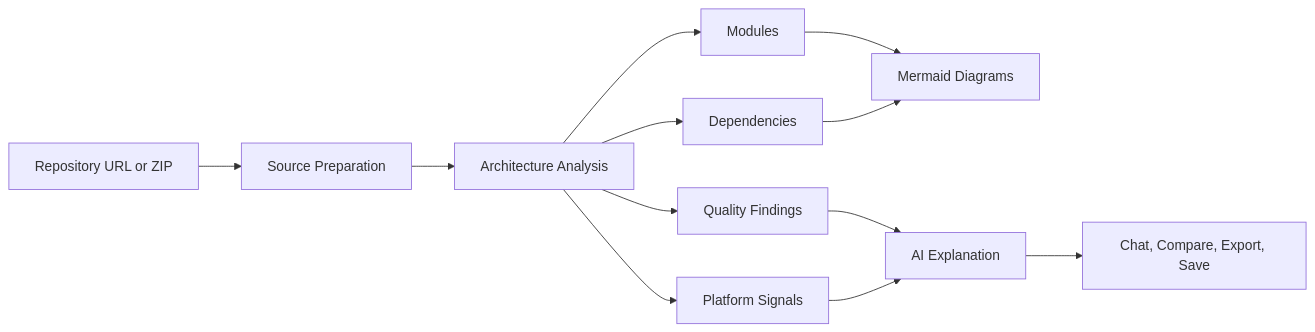
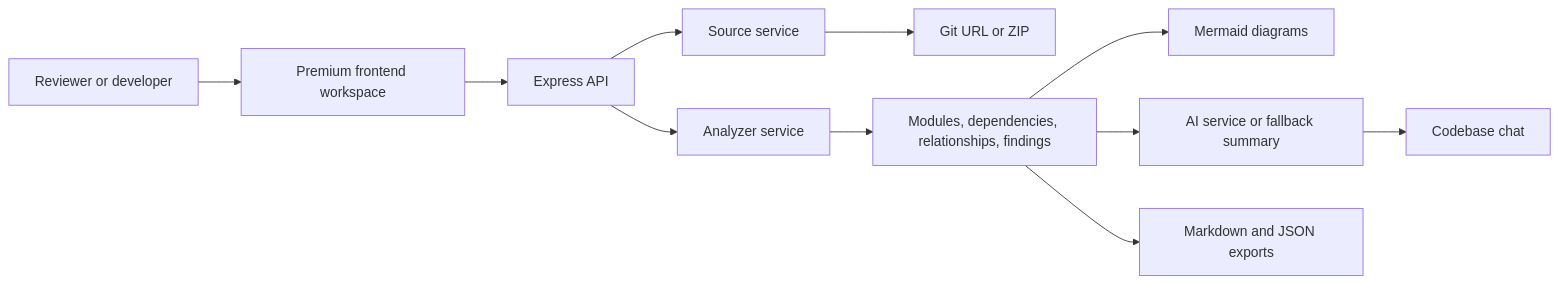
Before and after one commit to agarwalujala3-lang/LumenStack-AI: the diagram in README.md, drawn with Mermaid. The commit also changed other lines of this file and 2 other files, not shown here.

Commit message:
Rebuild premium README presentation

````diff
--- a/README.md
+++ b/README.md
@@ -63,14 +88,13 @@
 ```mermaid
 flowchart LR
-  A[Repository URL or ZIP] --> B[Source Preparation]
-  B --> C[Architecture Analysis]
-  C --> D[Modules]
-  C --> E[Dependencies]
-  C --> F[Quality Findings]
-  C --> G[Platform Signals]
-  D --> H[Mermaid Diagrams]
-  E --> H
-  F --> I[AI Explanation]
-  G --> I
-  I --> J[Chat, Compare, Export, Save]
+  User[Reviewer or developer] --> UI[Premium frontend workspace]
+  UI --> API[Express API]
+  API --> Source[Source service]
+  Source --> Repo[Git URL or ZIP]
+  API --> Analyzer[Analyzer service]
+  Analyzer --> Signals[Modules, dependencies, relationships, findings]
+  Signals --> Diagrams[Mermaid diagrams]
+  Signals --> AI[AI service or fallback summary]
+  AI --> Chat[Codebase chat]
+  Signals --> Export[Markdown and JSON exports]
 ```
````
